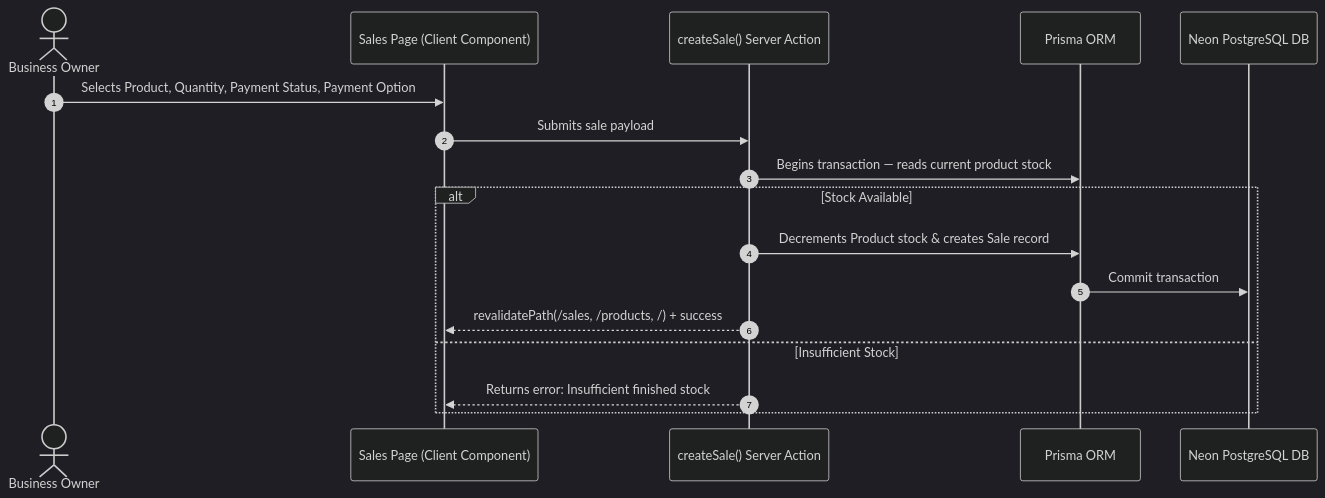
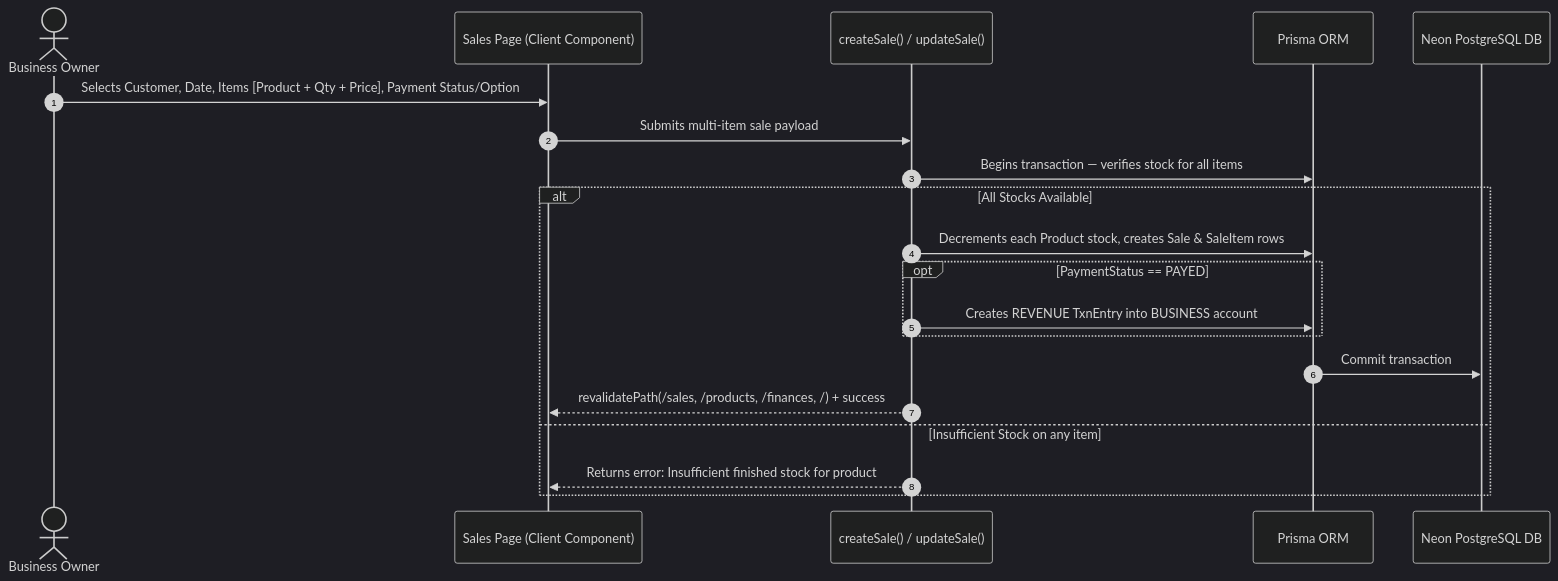
The second of 7 diagrams in docs/architecture.md (hashir1313/invento), drawn with Mermaid (dark theme) before and after one commit. The commit also changed other lines of this file and 6 other files, not shown here.

Commit message:
docs: sync documentation with multi-item sales and double-entry banking ledger

````diff
--- a/docs/architecture.md
+++ b/docs/architecture.md
@@ -58,20 +61,23 @@
 ```mermaid
 sequenceDiagram
     autonumber
     actor Owner as Business Owner
     participant UI as Sales Page (Client Component)
-    participant Action as createSale() Server Action
+    participant Action as createSale() / updateSale()
     participant Prisma as Prisma ORM
     participant DB as Neon PostgreSQL DB
 
-    Owner->>UI: Selects Product, Quantity, Payment Status, Payment Option
-    UI->>Action: Submits sale payload
-    Action->>Prisma: Begins transaction — reads current product stock
-    alt Stock Available
-        Action->>Prisma: Decrements Product stock & creates Sale record
+    Owner->>UI: Selects Customer, Date, Items [Product + Qty + Price], Payment Status/Option
+    UI->>Action: Submits multi-item sale payload
+    Action->>Prisma: Begins transaction — verifies stock for all items
+    alt All Stocks Available
+        Action->>Prisma: Decrements each Product stock, creates Sale & SaleItem rows
+        opt PaymentStatus == PAYED
+            Action->>Prisma: Creates REVENUE TxnEntry into BUSINESS account
+        end
         Prisma->>DB: Commit transaction
-        Action-->>UI: revalidatePath(/sales, /products, /) + success
-    else Insufficient Stock
-        Action-->>UI: Returns error: Insufficient finished stock
+        Action-->>UI: revalidatePath(/sales, /products, /finances, /) + success
+    else Insufficient Stock on any item
+        Action-->>UI: Returns error: Insufficient finished stock for product
     end
 ```
````
